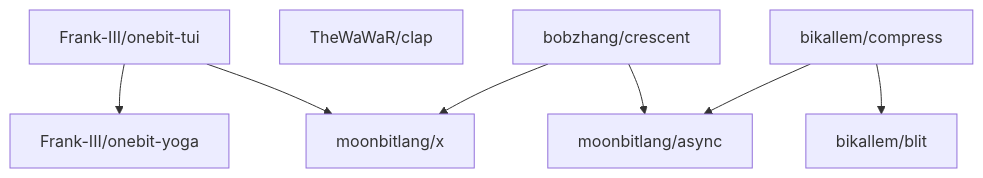
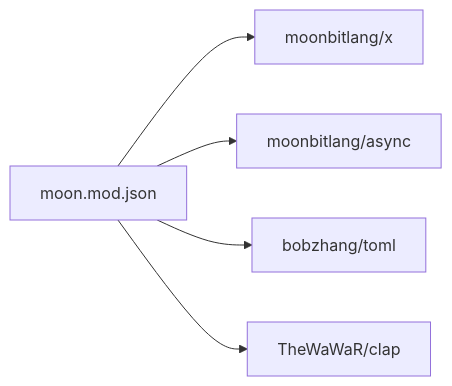
The fourth of 4 diagrams in .qoder/repowiki/zh/content/项目概述.md (hnlyxiaobing/MBOpenClacky), drawn with Mermaid before and after one commit. The commit also changed other lines of this file and 61 other files, not shown here.

````diff
--- a/.qoder/repowiki/zh/content/项目概述.md
+++ b/.qoder/repowiki/zh/content/项目概述.md
@@ -294,16 +205,7 @@
 ```mermaid
-graph TB
-onebit_tui["Frank-III/onebit-tui"]
-onebit_yoga["Frank-III/onebit-yoga"]
-moonbit_x["moonbitlang/x"]
-moonbit_async["moonbitlang/async"]
-clap["TheWaWaR/clap"]
-compress["bikallem/compress"]
-crescent["bobzhang/crescent"]
-onebit_tui --> onebit_yoga
-onebit_tui --> moonbit_x
-crescent --> moonbit_x
-crescent --> moonbit_async
-compress --> moonbit_async
-compress --> blit["bikallem/blit"]
+graph LR
+MOD["moon.mod.json"] --> X["moonbitlang/x"]
+MOD --> ASYNC["moonbitlang/async"]
+MOD --> TOML["bobzhang/toml"]
+MOD --> CLAP["TheWaWaR/clap"]
 ```
````
